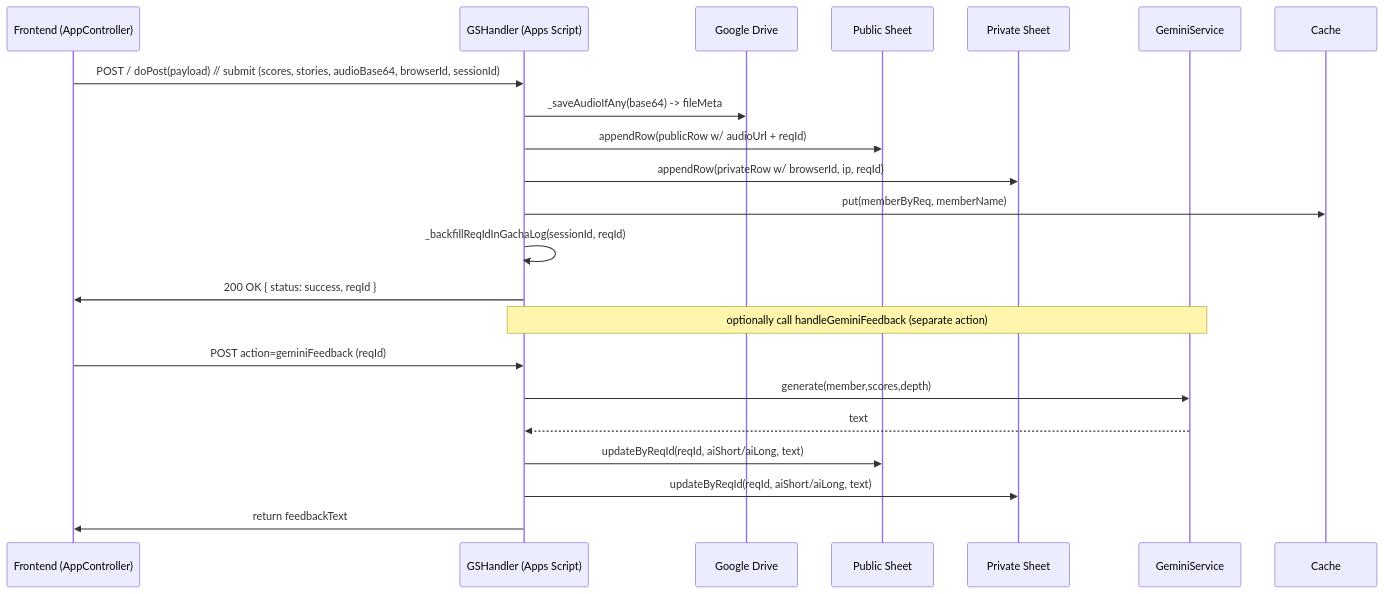
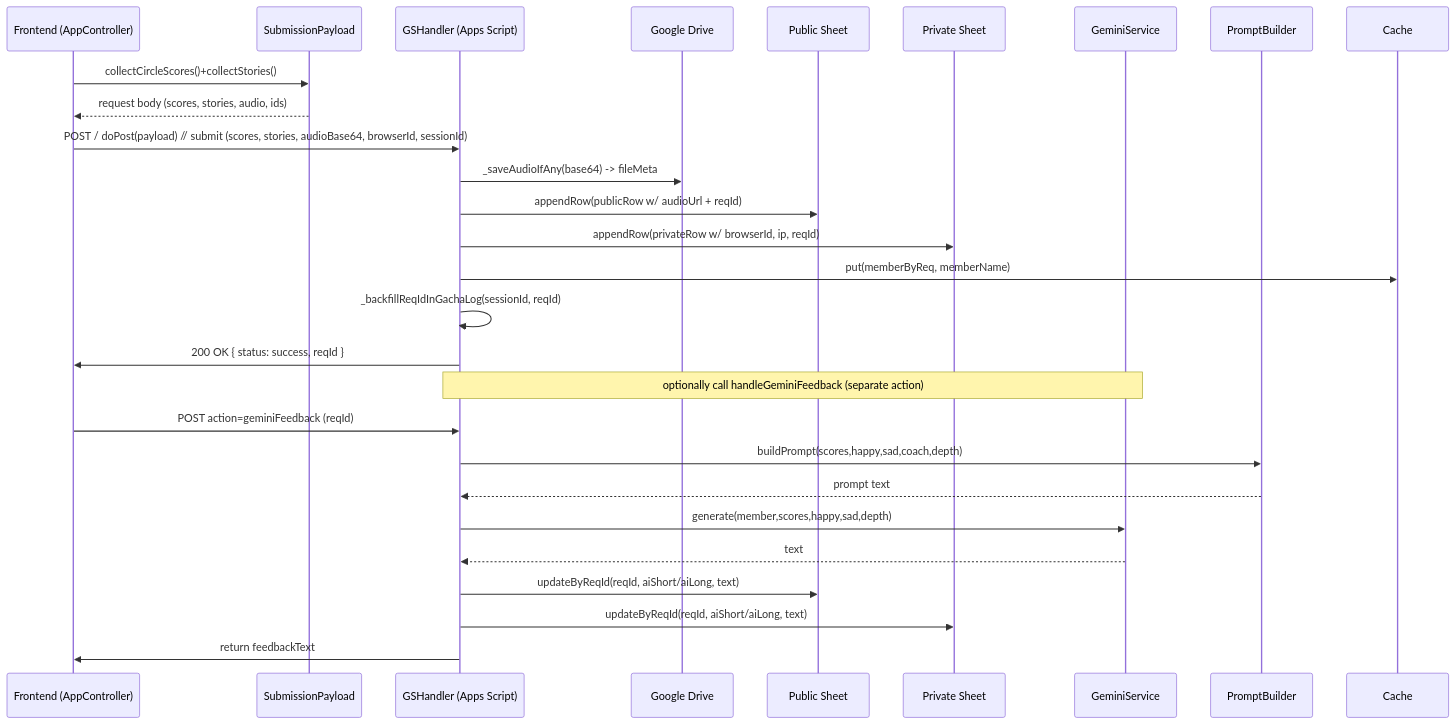
One commit to AndrerezaMedya/ini-ya-qeel changed the second of 3 diagrams in UML.md. Above: the diagram before and after it, drawn with Mermaid. The commit also changed other lines of this file, not shown here.

First line of the commit message:
Revise UML diagram for SubmissionPayload and GSHandler

````diff
--- a/UML.md
+++ b/UML.md
@@ -113,24 +137,30 @@
 ```mermaid
 sequenceDiagram
     participant UI as Frontend (AppController)
+  participant Payload as SubmissionPayload
     participant G as GSHandler (Apps Script)
     participant Drive as Google Drive
     participant SheetP as Public Sheet
     participant SheetPr as Private Sheet
     participant Gemini as GeminiService
+  participant Prompt as PromptBuilder
 
+  UI->>Payload: collectCircleScores()+collectStories()
+  Payload-->>UI: request body (scores, stories, audio, ids)
     UI->>G: POST / doPost(payload)  // submit (scores, stories, audioBase64, browserId, sessionId)
     G->>Drive: _saveAudioIfAny(base64) -> fileMeta
     G->>SheetP: appendRow(publicRow w/ audioUrl + reqId)
     G->>SheetPr: appendRow(privateRow w/ browserId, ip, reqId)
     G->>Cache: put(memberByReq, memberName)
     G->>G: _backfillReqIdInGachaLog(sessionId, reqId)
     G->>UI: 200 OK { status: success, reqId }
     Note over G,Gemini: optionally call handleGeminiFeedback (separate action)
     UI->>G: POST action=geminiFeedback (reqId)
-    G->>Gemini: generate(member,scores,depth)
+  G->>Prompt: buildPrompt(scores,happy,sad,coach,depth)
+  Prompt-->>G: prompt text
+  G->>Gemini: generate(member,scores,happy,sad,depth)
     Gemini-->>G: text
     G->>SheetP: updateByReqId(reqId, aiShort/aiLong, text)
     G->>SheetPr: updateByReqId(reqId, aiShort/aiLong, text)
     G->>UI: return feedbackText
 ```
````
